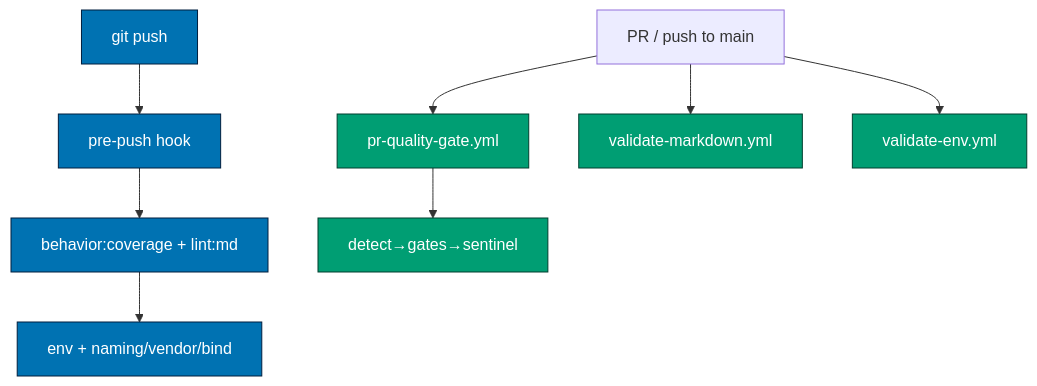
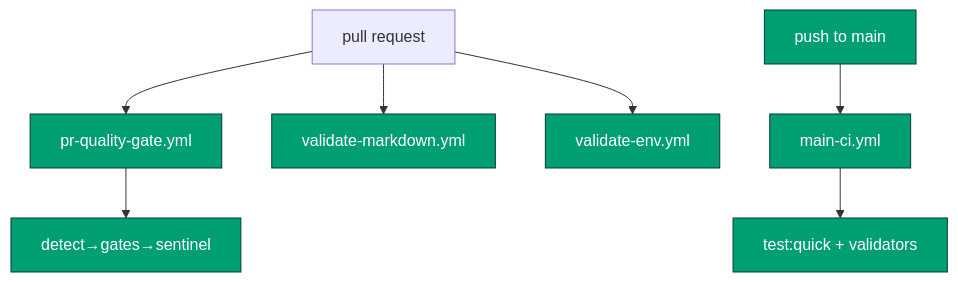
Before and after one commit to wahidyankf/baseerah: the sixth of 8 diagrams in plans/in-progress/standardize-rhino-cli-sdlc-parity/tech-docs.md, drawn with Mermaid. The commit also changed other lines of this file and 4 other files, not shown here.

````diff
--- a/plans/in-progress/standardize-rhino-cli-sdlc-parity/tech-docs.md
+++ b/plans/in-progress/standardize-rhino-cli-sdlc-parity/tech-docs.md
@@ -629,15 +724,12 @@
 ```mermaid
 flowchart TD
-    D[git push] --> E[pre-push hook]
-    E --> E1["behavior:coverage + lint:md"]
-    E1 --> E2["env + naming/vendor/bind"]
-    F[PR / push to main] --> G[pr-quality-gate.yml]
-    F --> H[validate-markdown.yml]
-    F --> I[validate-env.yml]
+    PRn[pull request] --> G[pr-quality-gate.yml]
+    PRn --> H[validate-markdown.yml]
+    PRn --> I[validate-env.yml]
     G --> G1["detect→gates→sentinel"]
+    Mn[push to main] --> MC[main-ci.yml]
+    MC --> MC1["test:quick + validators"]
 
-    classDef hook fill:#0072B2,color:#ffffff,stroke:#001f3f
     classDef ci fill:#009E73,color:#ffffff,stroke:#003f2f
-    class D,E,E1,E2 hook
-    class G,H,I,G1 ci
+    class G,H,I,G1,Mn,MC,MC1 ci
 ```
````
